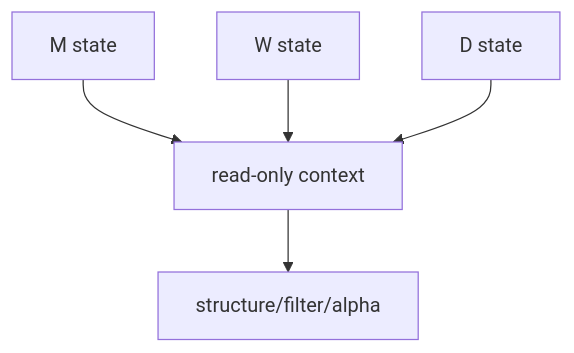
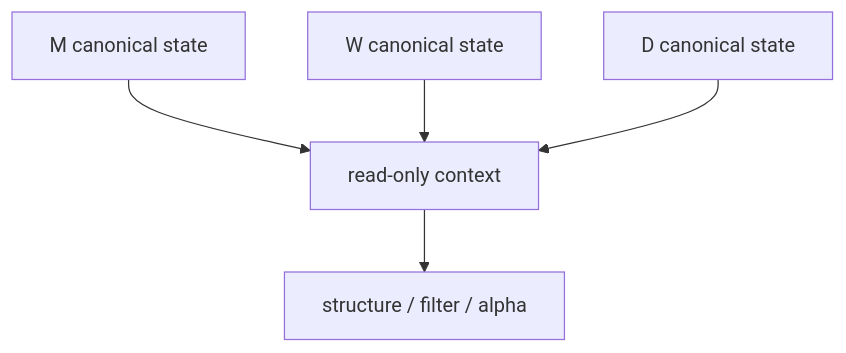
The diagram in docs/03-execution/34-malf-multi-timeframe-downstream-consumption-card-20260411.md (everything-is-simple/lifespan-0.01), drawn with Mermaid before and after one commit. The commit also changed other lines of this file and 19 other files, not shown here.

````diff
--- a/docs/03-execution/34-malf-multi-timeframe-downstream-consumption-card-20260411.md
+++ b/docs/03-execution/34-malf-multi-timeframe-downstream-consumption-card-20260411.md
@@ -27,7 +24,7 @@
 ```mermaid
 flowchart TD
-    M["M state"] --> X["read-only context"]
-    W["W state"] --> X
-    D["D state"] --> X
-    X --> S["structure/filter/alpha"]
+    M["M canonical state"] --> X["read-only context"]
+    W["W canonical state"] --> X
+    D["D canonical state"] --> X
+    X --> S["structure / filter / alpha"]
 ```
````
